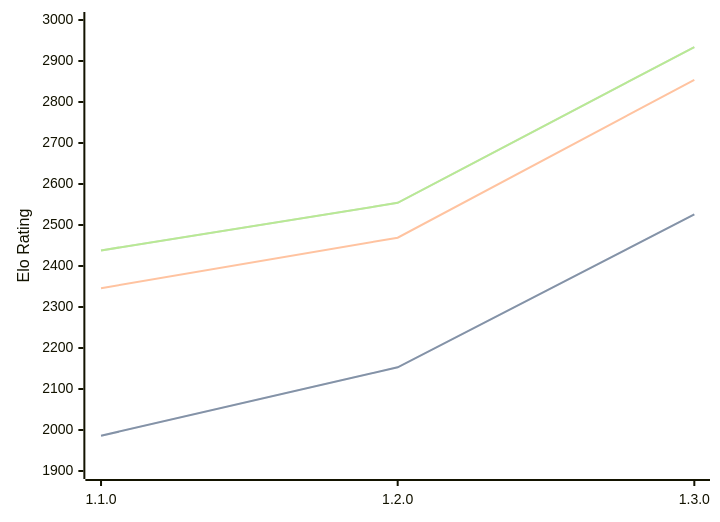
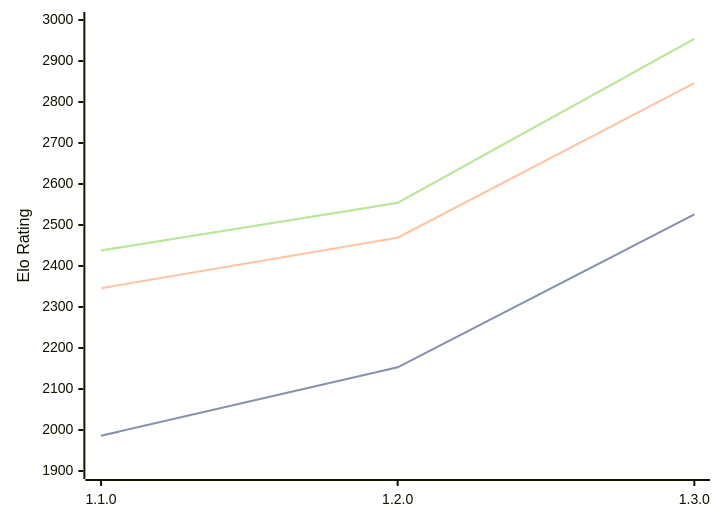
The diagram in engines/Gyatso.md (computer-chess-index/cci), drawn with Mermaid before and after one commit. The commit also changed other lines of this file, not shown here.

Commit message:
Update CCI Ratings (ELO VLTC) - 2026-04-02

````diff
--- a/engines/Gyatso.md
+++ b/engines/Gyatso.md
@@ -34,11 +34,11 @@
 ```mermaid
 %%{init: {"theme":"base","themeVariables":{"seriesColors:['#a3a3a3','#222221','#faa371']}}}%%
 xychart-beta
   x-axis ["1.1.0", "1.2.0", "1.3.0"]
   y-axis "Elo Rating" 1900 --> 3000
   line "STC (8.0+0.08s)" [1986, 2153, 2526]
   line "STC (8.0+0.08s)" [1986, 2153, 2526]
-  line "LTC (60.0+0.60s)" [2346, 2469, 2854]
-  line "VLTC (2m24s+1.12s)" [2438, 2554, 2934]
-  line "VLTC (2m24s+1.12s)" [2438, 2554, 2934]
+  line "LTC (60.0+0.60s)" [2346, 2469, 2846]
+  line "VLTC (2m24s+1.12s)" [2438, 2554, 2954]
+  line "VLTC (2m24s+1.12s)" [2438, 2554, 2954]
 ```
````
